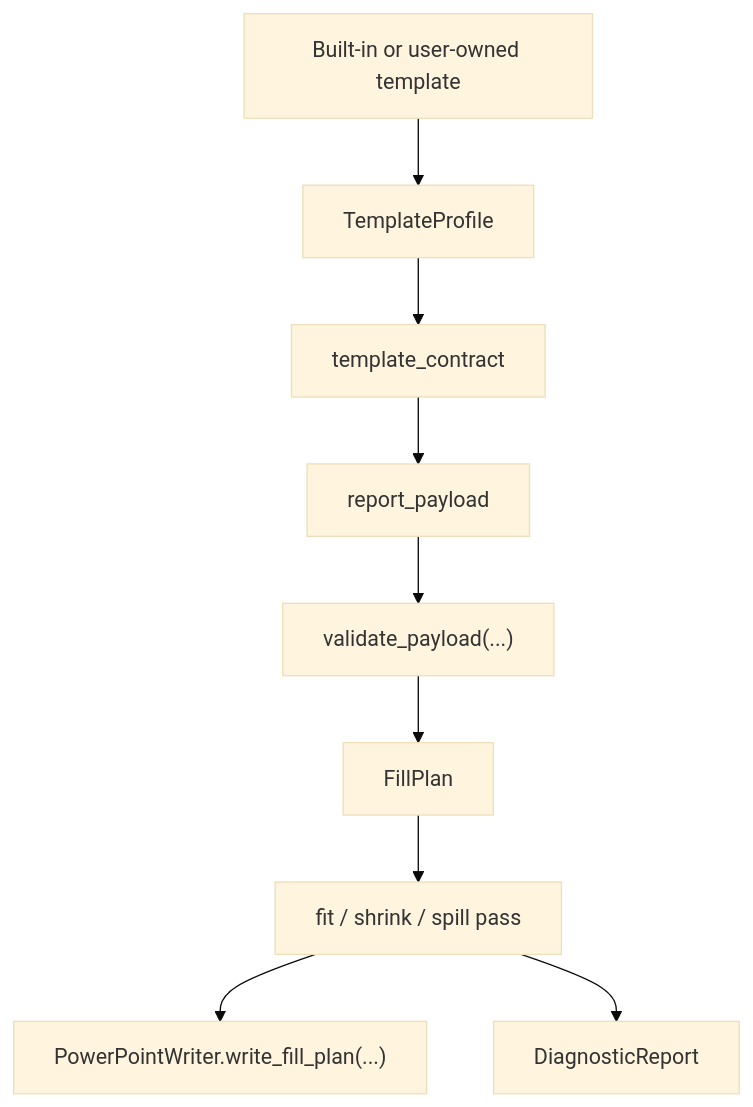
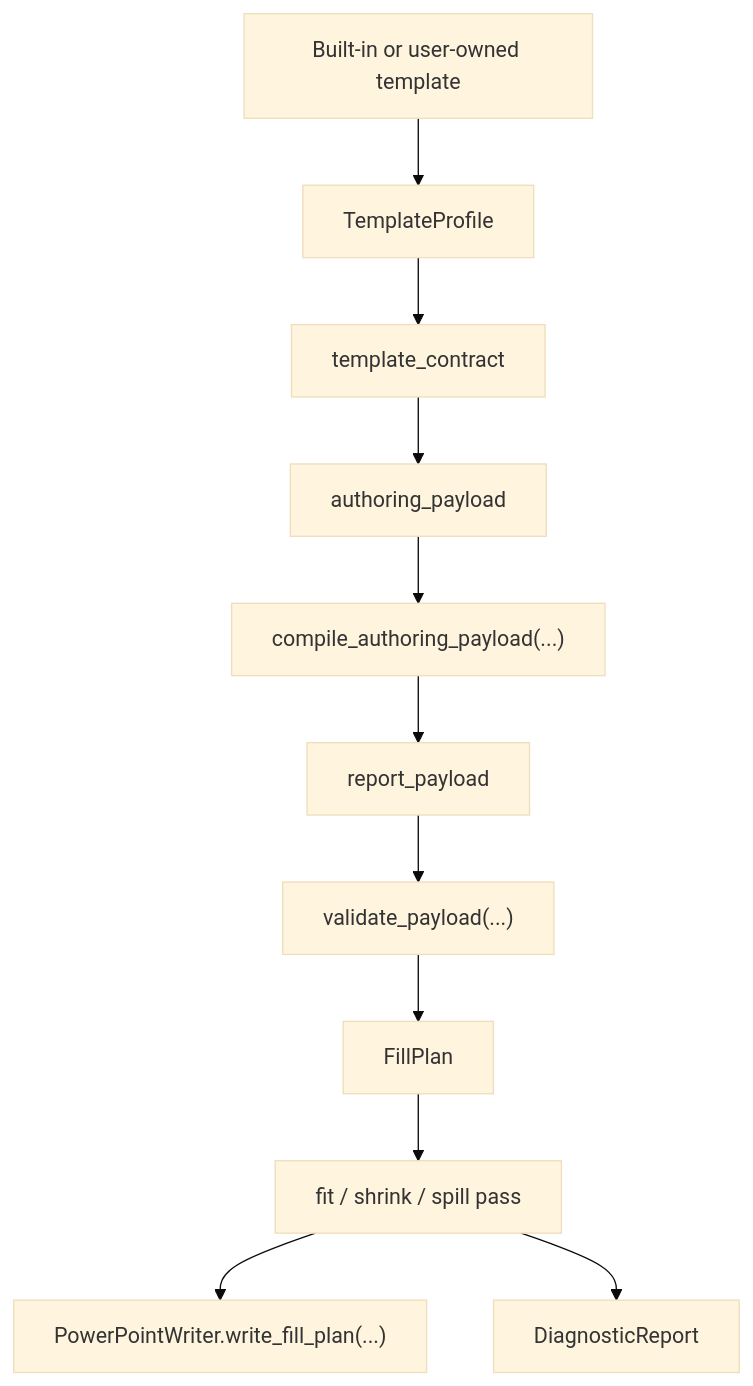
Before and after one commit to tubtrb/autoreport: the diagram in docs/architecture/template-aware-autofill-engine.md, drawn with Mermaid (base theme). The commit also changed other lines of this file and 24 other files, not shown here.

Commit message:
feat: add authoring payload workflow

````diff
--- a/docs/architecture/template-aware-autofill-engine.md
+++ b/docs/architecture/template-aware-autofill-engine.md
@@ -30,11 +31,13 @@
 ```mermaid
 flowchart TD
     TEMPLATE["Built-in or user-owned template"] --> PROFILE["TemplateProfile"]
     PROFILE --> CONTRACT["template_contract"]
-    CONTRACT --> PAYLOAD["report_payload"]
+    CONTRACT --> AUTHOR["authoring_payload"]
+    AUTHOR --> COMPILE["compile_authoring_payload(...)"]
+    COMPILE --> PAYLOAD["report_payload"]
     PAYLOAD --> VALIDATE["validate_payload(...)"]
     VALIDATE --> PLAN["FillPlan"]
     PLAN --> FIT["fit / shrink / spill pass"]
     FIT --> WRITE["PowerPointWriter.write_fill_plan(...)"]
     FIT --> DIAG["DiagnosticReport"]
 ```
````
